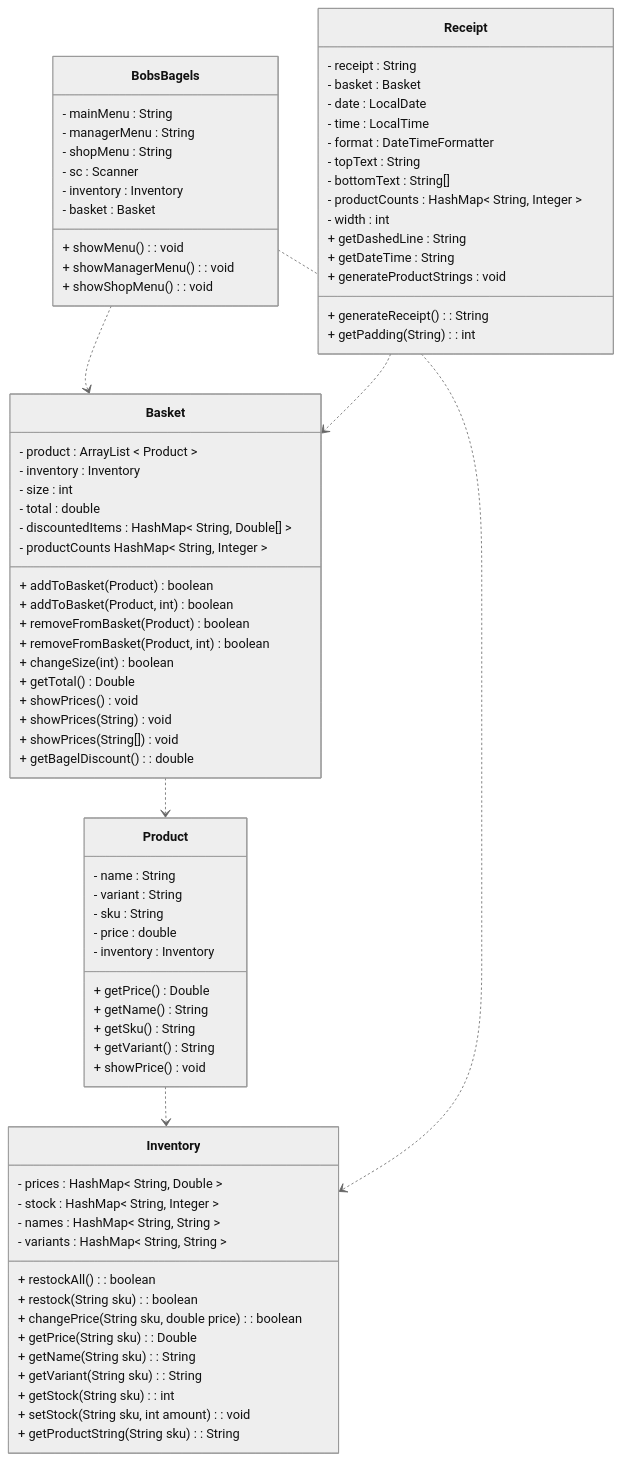
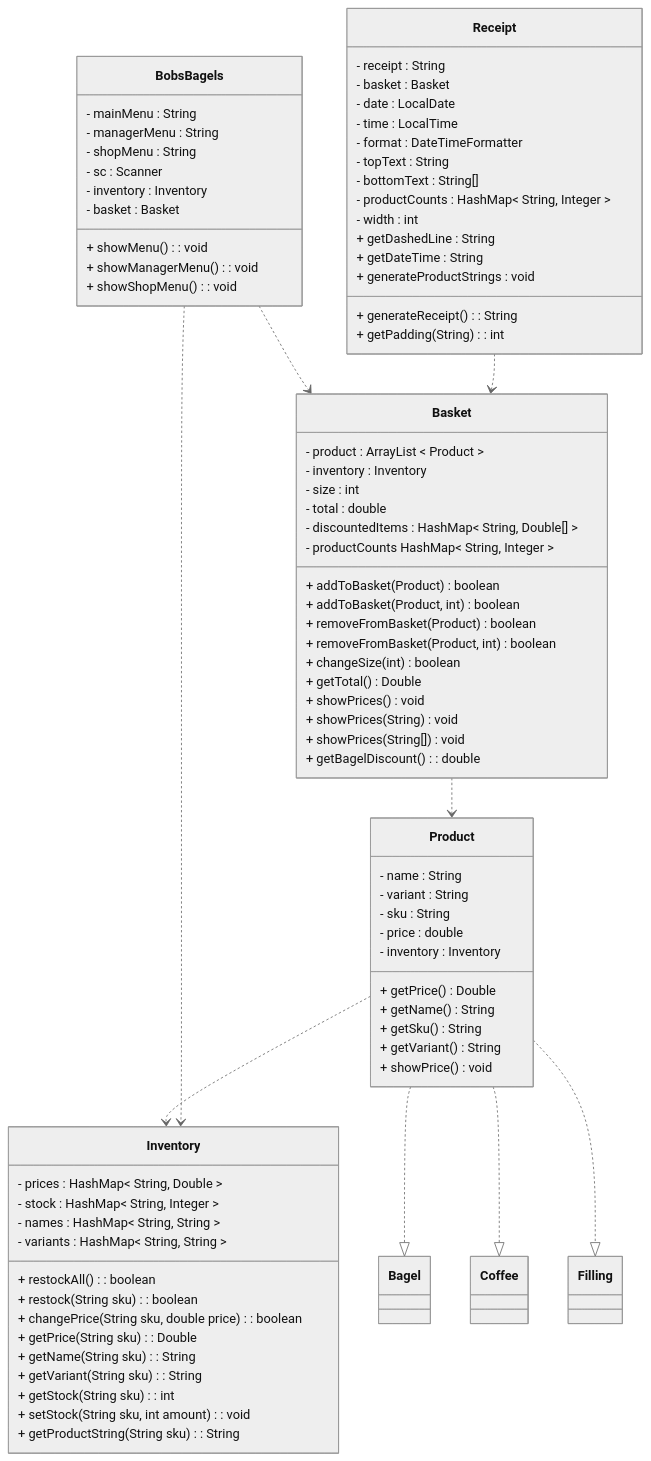
One commit to nora-hansen/java-tdd-oop-bobs-bagels changed the diagram in class-diagram.md. Above: the diagram before and after it, drawn with Mermaid (neutral theme). The commit also changed 4 other files, not shown here.

Commit message:
Updated class diagram for interfaces

`````diff
--- a/class-diagram.md
+++ b/class-diagram.md
@@ -29,7 +29,16 @@
         + getSku() String
         + getVariant() String
         + showPrice() void
+    }
+    class Coffee {
+            
         }
+    class Bagel {
+
+    }
+    class Filling {
+
+    }
     class Inventory{    
         - prices : HashMap< String, Double >
         - stock : HashMap< String, Integer >
@@ -77,4 +86,7 @@
     BobsBagels ..> Basket
     BobsBagels ..> Inventory
     Receipt ..> Basket
+    Product ..|> Bagel
+    Product ..|> Coffee
+    Product ..|> Filling
 ````
`````
